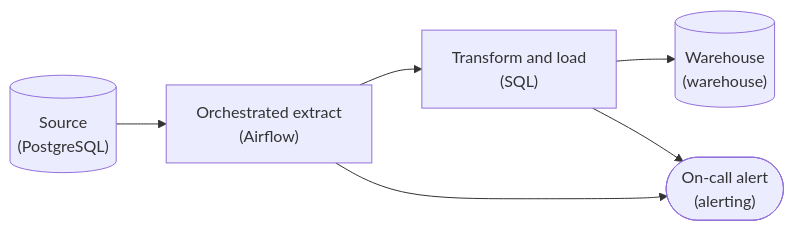
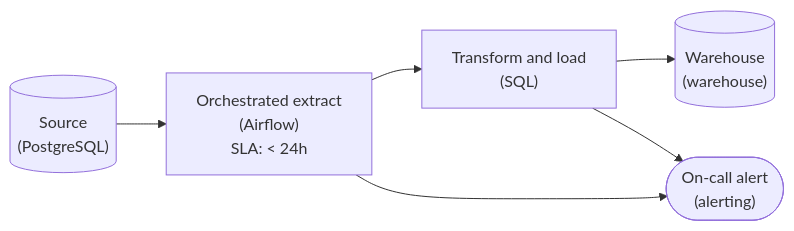
The fourth of 4 diagrams in lesson_preview/interview/architecture/pipeline_making_it_repeatable_beginner.md (Dulain-Willis/study-helper), drawn with Mermaid before and after one commit. The commit also changed other lines of this file and 26 other files, not shown here.

First line of the commit message:
Mermaid diagrams: show tags and extra values inside each node (#43)

````diff
--- a/lesson_preview/interview/architecture/pipeline_making_it_repeatable_beginner.md
+++ b/lesson_preview/interview/architecture/pipeline_making_it_repeatable_beginner.md
@@ -895,13 +895,13 @@
 ```mermaid
 flowchart LR
     n0[("Source<br/>(PostgreSQL)")]
-    n1["Orchestrated extract<br/>(Airflow)"]
+    n1["Orchestrated extract<br/>(Airflow)<br/>SLA: #60; 24h"]
     n2["Transform and load<br/>(SQL)"]
     n3[("Warehouse<br/>(warehouse)")]
     n4(["On-call alert<br/>(alerting)"])
     n0 --> n1
     n1 --> n2
     n2 --> n3
     n1 --> n4
     n2 --> n4
 ```
````
